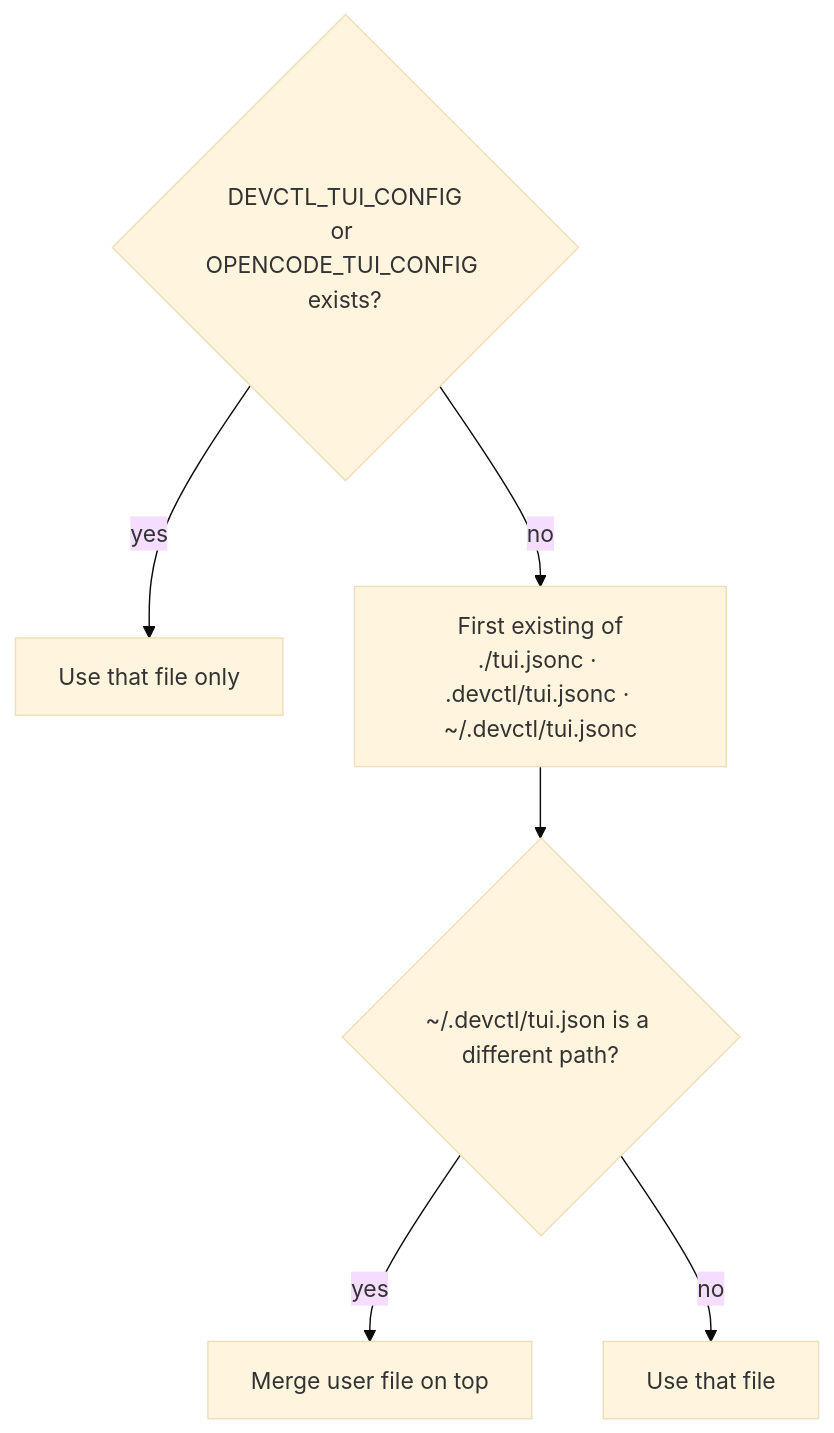
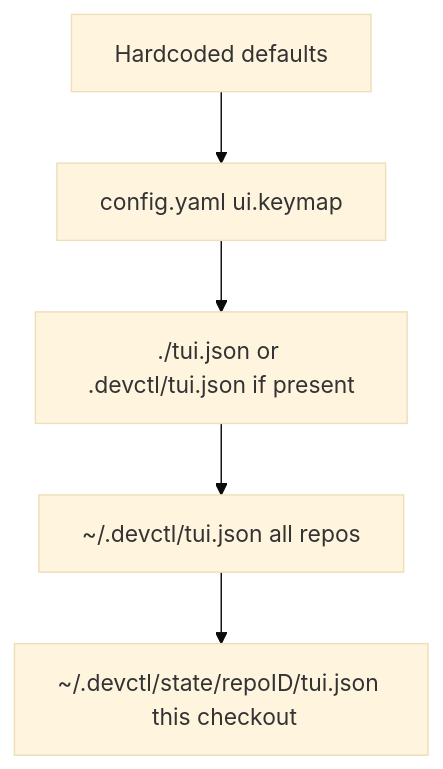
Before and after one commit to amr-m-abdelgawad/devctl: the diagram in docs/typescript.md, drawn with Mermaid (base theme). The commit also changed other lines of this file and 49 other files, not shown here.

First line of the commit message:
feat(settings): introduce per-repo settings and enhance TUI/web configuration management

````diff
--- a/docs/typescript.md
+++ b/docs/typescript.md
@@ -59,9 +59,7 @@
 ```mermaid
 flowchart TB
-  env{"DEVCTL_TUI_CONFIG<br/>or OPENCODE_TUI_CONFIG exists?"}
-  env -->|yes| only["Use that file only"]
-  env -->|no| first["First existing of<br/>./tui.jsonc · .devctl/tui.jsonc · ~/.devctl/tui.jsonc"]
-  first --> merge{"~/.devctl/tui.json is a different path?"}
-  merge -->|yes| overlay["Merge user file on top"]
-  merge -->|no| done["Use that file"]
+  defaults["Hardcoded defaults"] --> yaml["config.yaml ui.keymap"]
+  yaml --> team["./tui.json or .devctl/tui.json if present"]
+  team --> user["~/.devctl/tui.json  all repos"]
+  user --> repo["~/.devctl/state/repoID/tui.json  this checkout"]
 ```
````
